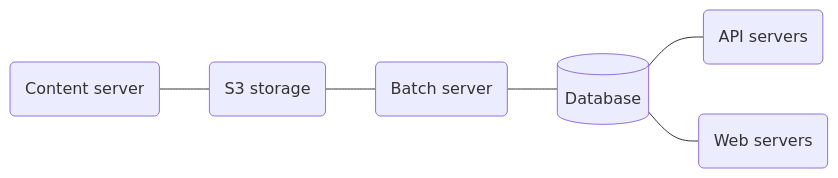
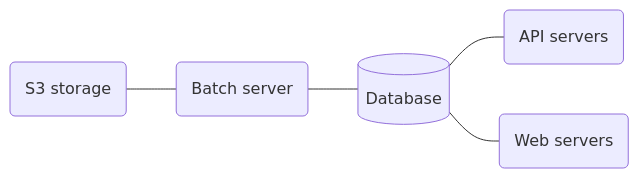
Before and after one commit to royllo/explorer: the diagram in README.md, drawn with Mermaid. The commit also changed 2 other files, not shown here.

Commit message:
Remove dependencies to Reactor

````diff
--- a/README.md
+++ b/README.md
@@ -24,8 +24,7 @@
 ```mermaid
 graph LR
     S3Storage(S3 storage) --- BatchServer(Batch server);
     BatchServer(Batch server) --- database[(Database)];
     database[(Database)] --- APIServers(API servers);
     database[(Database)] --- WebServers(Web servers);
-    contentServer(Content server) --- S3Storage(S3 storage);
 ```
````
